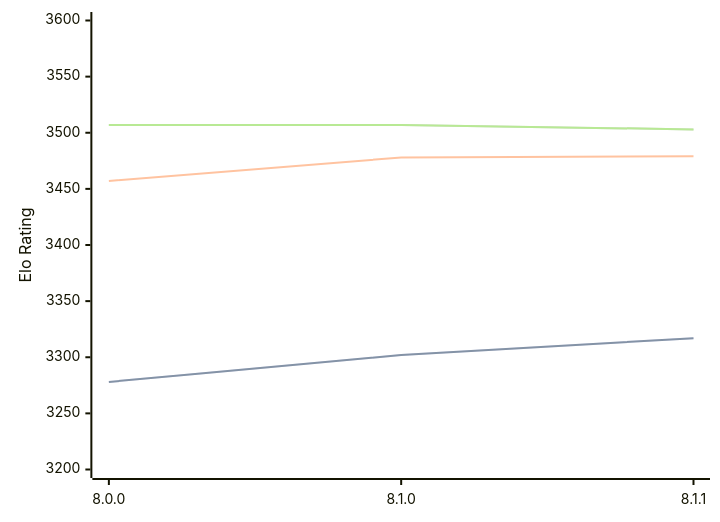
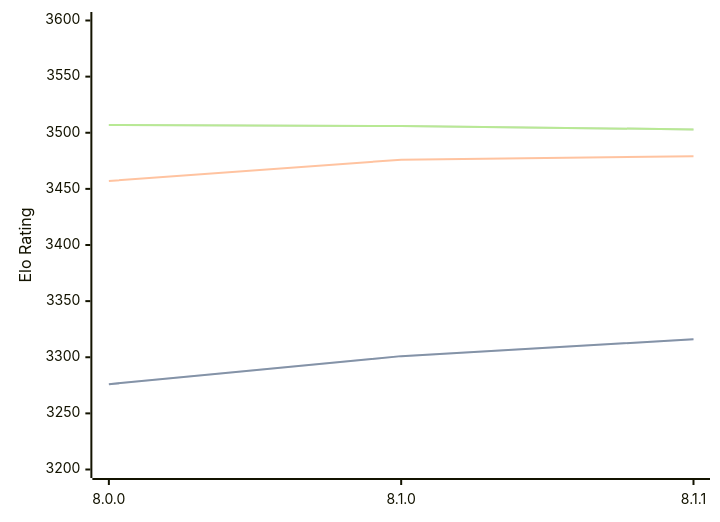
The diagram in engines/Velvet.md (computer-chess-index/cci), drawn with Mermaid before and after one commit. The commit also changed other lines of this file, not shown here.

Commit message:
Update CCI Ratings (ELO VLTC) - 2026-03-12

````diff
--- a/engines/Velvet.md
+++ b/engines/Velvet.md
@@ -55,11 +55,11 @@
 ```mermaid
 %%{init: {"theme":"base","themeVariables":{"seriesColors:['#a3a3a3','#222221','#faa371']}}}%%
 xychart-beta
   x-axis ["8.0.0", "8.1.0", "8.1.1"]
   y-axis "Elo Rating" 3200 --> 3600
-  line "STC (8.0+0.08s)" [3278, 3302, 3317]
-  line "STC (8.0+0.08s)" [3278, 3302, 3317]
-  line "LTC (60.0+0.60s)" [3457, 3478, 3479]
-  line "VLTC (2m24s+1.12s)" [3507, 3507, 3503]
-  line "VLTC (2m24s+1.12s)" [3507, 3507, 3503]
+  line "STC (8.0+0.08s)" [3276, 3301, 3316]
+  line "STC (8.0+0.08s)" [3276, 3301, 3316]
+  line "LTC (60.0+0.60s)" [3457, 3476, 3479]
+  line "VLTC (2m24s+1.12s)" [3507, 3506, 3503]
+  line "VLTC (2m24s+1.12s)" [3507, 3506, 3503]
 ```
````
